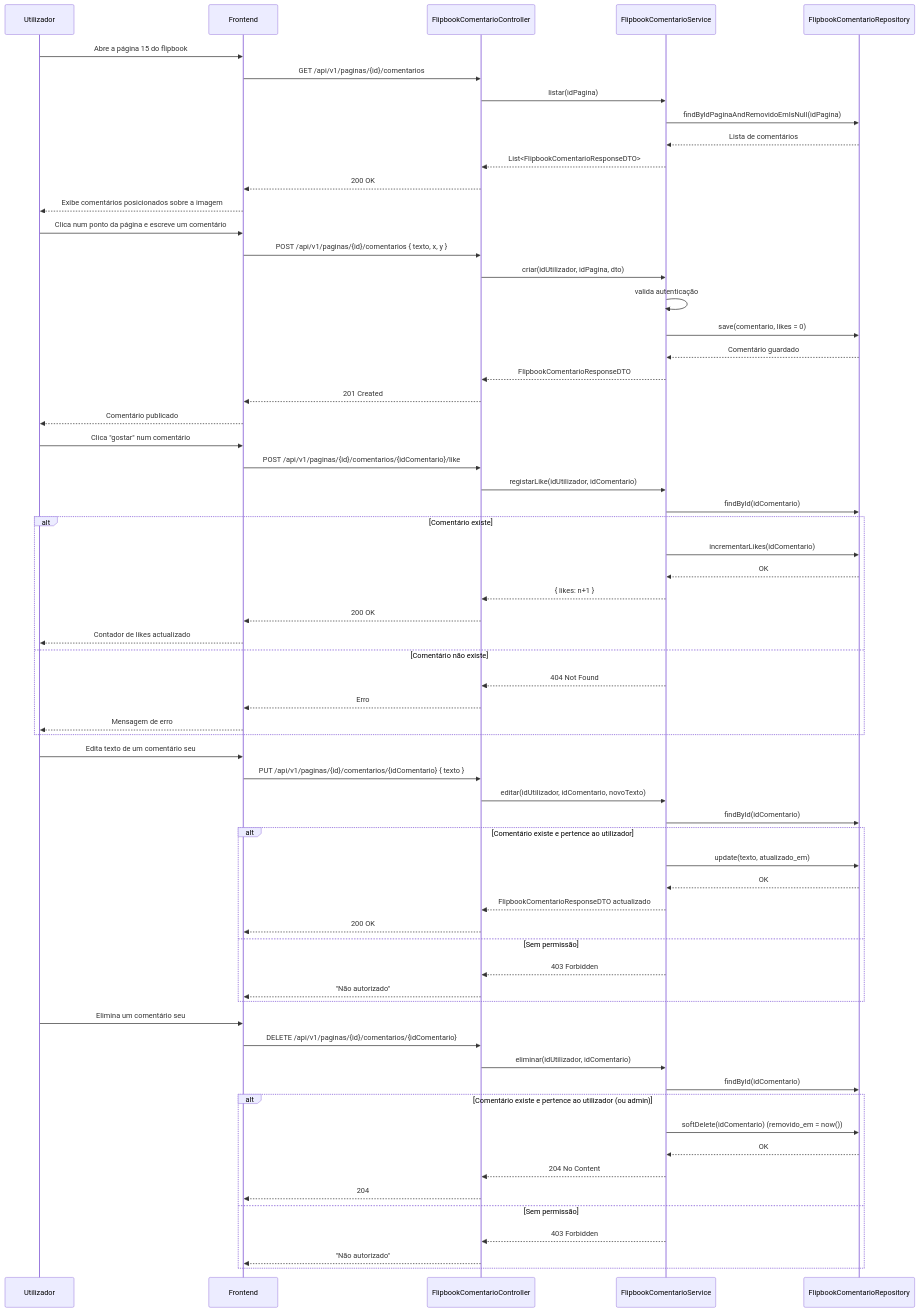
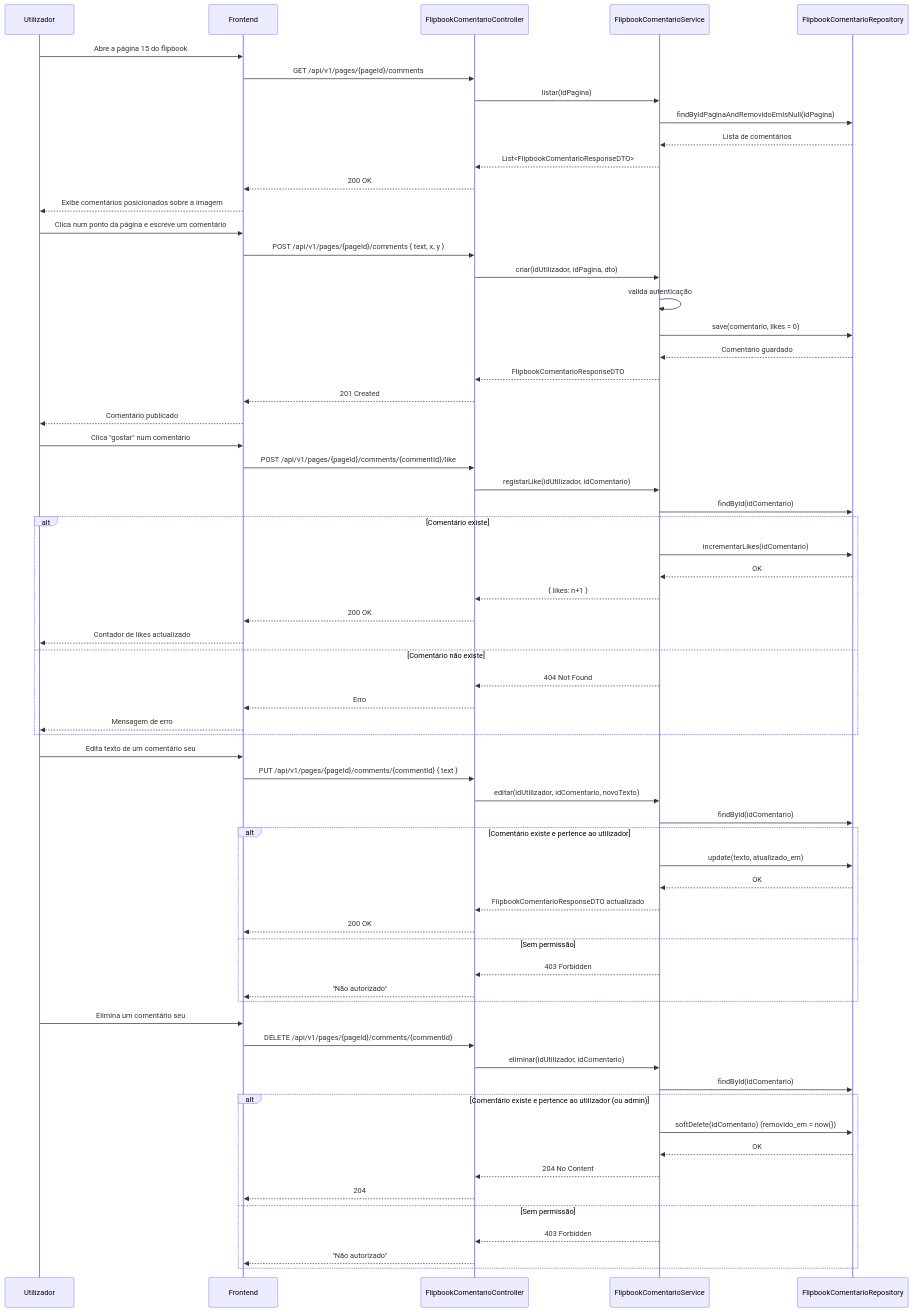
One commit to fititel-editorial/digital.zine changed the diagram in concept/06-diagrams/ds-comment.md. Above: the diagram before and after it, drawn with Mermaid. The commit also changed 18 other files, not shown here.

````diff
--- a/concept/06-diagrams/ds-comment.md
+++ b/concept/06-diagrams/ds-comment.md
@@ -5,71 +5,71 @@
 ```mermaid
 sequenceDiagram
     participant Utilizador
     participant Frontend
     participant Controller as FlipbookComentarioController
     participant Service as FlipbookComentarioService
     participant Repository as FlipbookComentarioRepository
 
     Utilizador->>Frontend: Abre a página 15 do flipbook
-    Frontend->>Controller: GET /api/v1/paginas/{id}/comentarios
+    Frontend->>Controller: GET /api/v1/pages/{pageId}/comments
     Controller->>Service: listar(idPagina)
     Service->>Repository: findByIdPaginaAndRemovidoEmIsNull(idPagina)
     Repository-->>Service: Lista de comentários
     Service-->>Controller: List<FlipbookComentarioResponseDTO>
     Controller-->>Frontend: 200 OK
     Frontend-->>Utilizador: Exibe comentários posicionados sobre a imagem
 
     Utilizador->>Frontend: Clica num ponto da página e escreve um comentário
-    Frontend->>Controller: POST /api/v1/paginas/{id}/comentarios { texto, x, y }
+    Frontend->>Controller: POST /api/v1/pages/{pageId}/comments { text, x, y }
     Controller->>Service: criar(idUtilizador, idPagina, dto)
     Service->>Service: valida autenticação
     Service->>Repository: save(comentario, likes = 0)
     Repository-->>Service: Comentário guardado
     Service-->>Controller: FlipbookComentarioResponseDTO
     Controller-->>Frontend: 201 Created
     Frontend-->>Utilizador: Comentário publicado
 
     Utilizador->>Frontend: Clica "gostar" num comentário
-    Frontend->>Controller: POST /api/v1/paginas/{id}/comentarios/{idComentario}/like
+    Frontend->>Controller: POST /api/v1/pages/{pageId}/comments/{commentId}/like
     Controller->>Service: registarLike(idUtilizador, idComentario)
     Service->>Repository: findById(idComentario)
     alt Comentário existe
         Service->>Repository: incrementarLikes(idComentario)
         Repository-->>Service: OK
         Service-->>Controller: { likes: n+1 }
         Controller-->>Frontend: 200 OK
         Frontend-->>Utilizador: Contador de likes actualizado
     else Comentário não existe
         Service-->>Controller: 404 Not Found
         Controller-->>Frontend: Erro
         Frontend-->>Utilizador: Mensagem de erro
     end
 
     Utilizador->>Frontend: Edita texto de um comentário seu
-    Frontend->>Controller: PUT /api/v1/paginas/{id}/comentarios/{idComentario} { texto }
+    Frontend->>Controller: PUT /api/v1/pages/{pageId}/comments/{commentId} { text }
     Controller->>Service: editar(idUtilizador, idComentario, novoTexto)
     Service->>Repository: findById(idComentario)
     alt Comentário existe e pertence ao utilizador
         Service->>Repository: update(texto, atualizado_em)
         Repository-->>Service: OK
         Service-->>Controller: FlipbookComentarioResponseDTO actualizado
         Controller-->>Frontend: 200 OK
     else Sem permissão
         Service-->>Controller: 403 Forbidden
         Controller-->>Frontend: "Não autorizado"
     end
 
     Utilizador->>Frontend: Elimina um comentário seu
-    Frontend->>Controller: DELETE /api/v1/paginas/{id}/comentarios/{idComentario}
+    Frontend->>Controller: DELETE /api/v1/pages/{pageId}/comments/{commentId}
     Controller->>Service: eliminar(idUtilizador, idComentario)
     Service->>Repository: findById(idComentario)
     alt Comentário existe e pertence ao utilizador (ou admin)
         Service->>Repository: softDelete(idComentario) (removido_em = now())
         Repository-->>Service: OK
         Service-->>Controller: 204 No Content
         Controller-->>Frontend: 204
     else Sem permissão
         Service-->>Controller: 403 Forbidden
         Controller-->>Frontend: "Não autorizado"
     end
 ```
````
